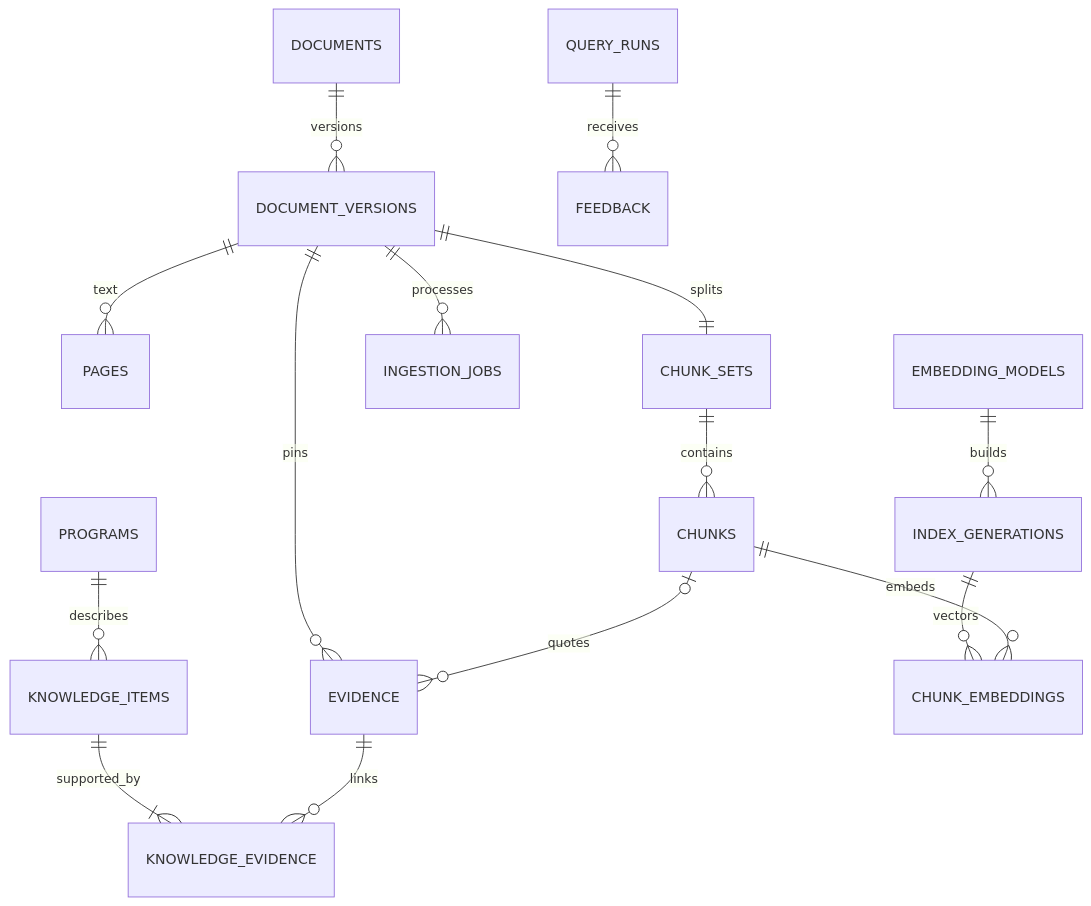
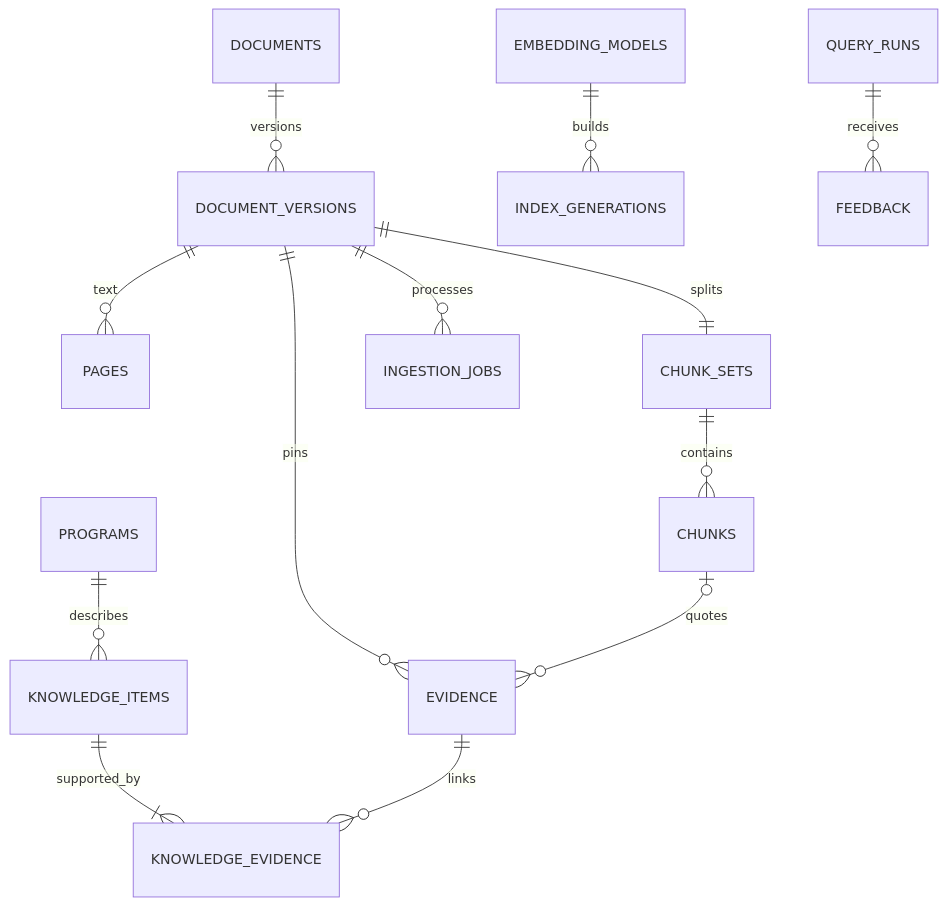
Before and after one commit to BossZY27/COCO-RISE: the diagram in docs/data-model.md, drawn with Mermaid. The commit also changed other lines of this file and 65 other files, not shown here.

````diff
--- a/docs/data-model.md
+++ b/docs/data-model.md
@@ -14,17 +14,15 @@
 ```mermaid
 erDiagram
   DOCUMENTS ||--o{ DOCUMENT_VERSIONS : versions
   DOCUMENT_VERSIONS ||--o{ PAGES : text
   DOCUMENT_VERSIONS ||--|| CHUNK_SETS : splits
   CHUNK_SETS ||--o{ CHUNKS : contains
   DOCUMENT_VERSIONS ||--o{ EVIDENCE : pins
   CHUNKS o|--o{ EVIDENCE : quotes
   PROGRAMS ||--o{ KNOWLEDGE_ITEMS : describes
   KNOWLEDGE_ITEMS ||--|{ KNOWLEDGE_EVIDENCE : supported_by
   EVIDENCE ||--o{ KNOWLEDGE_EVIDENCE : links
   DOCUMENT_VERSIONS ||--o{ INGESTION_JOBS : processes
   EMBEDDING_MODELS ||--o{ INDEX_GENERATIONS : builds
-  INDEX_GENERATIONS ||--o{ CHUNK_EMBEDDINGS : vectors
-  CHUNKS ||--o{ CHUNK_EMBEDDINGS : embeds
   QUERY_RUNS ||--o{ FEEDBACK : receives
 ```
````
